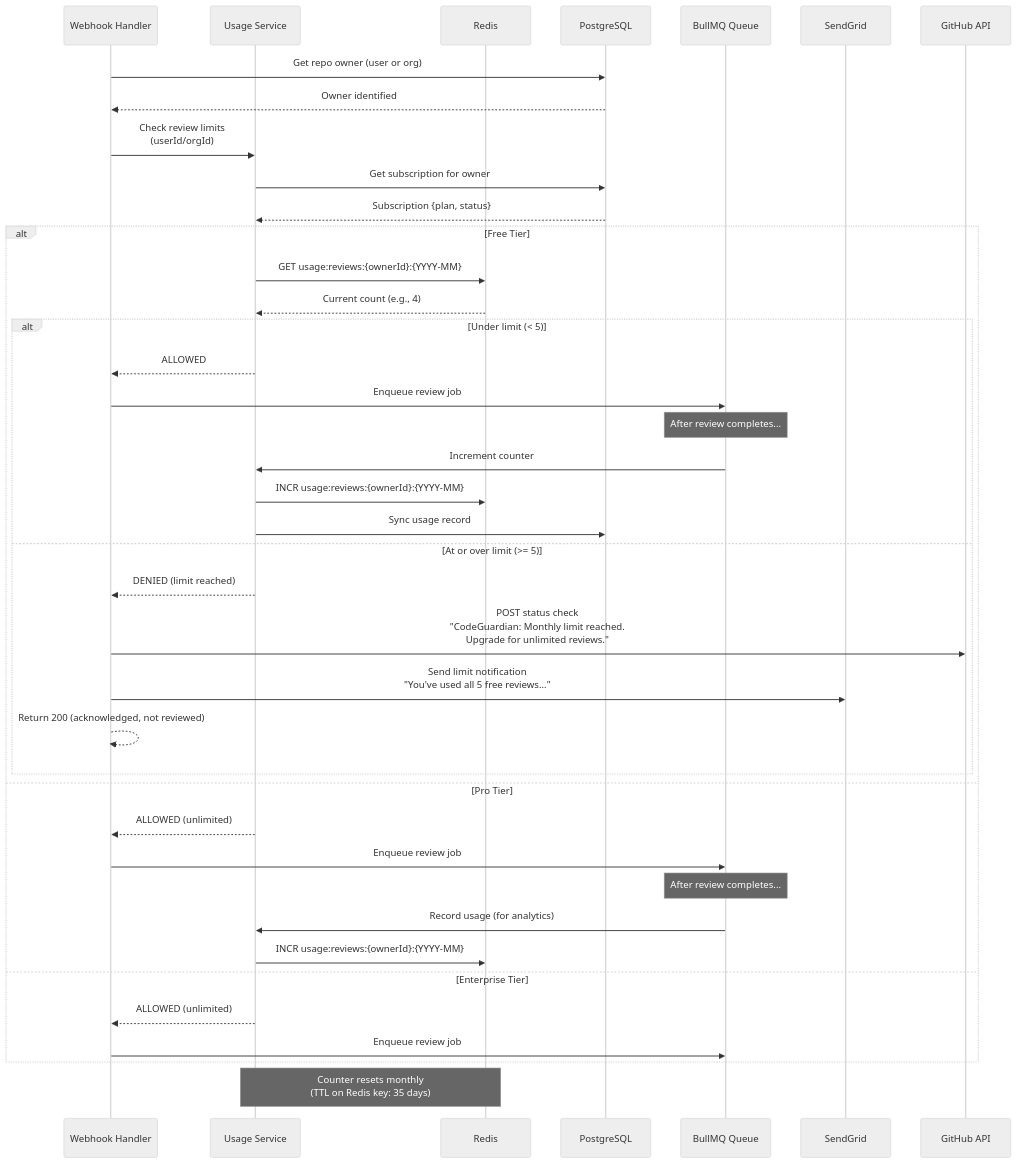
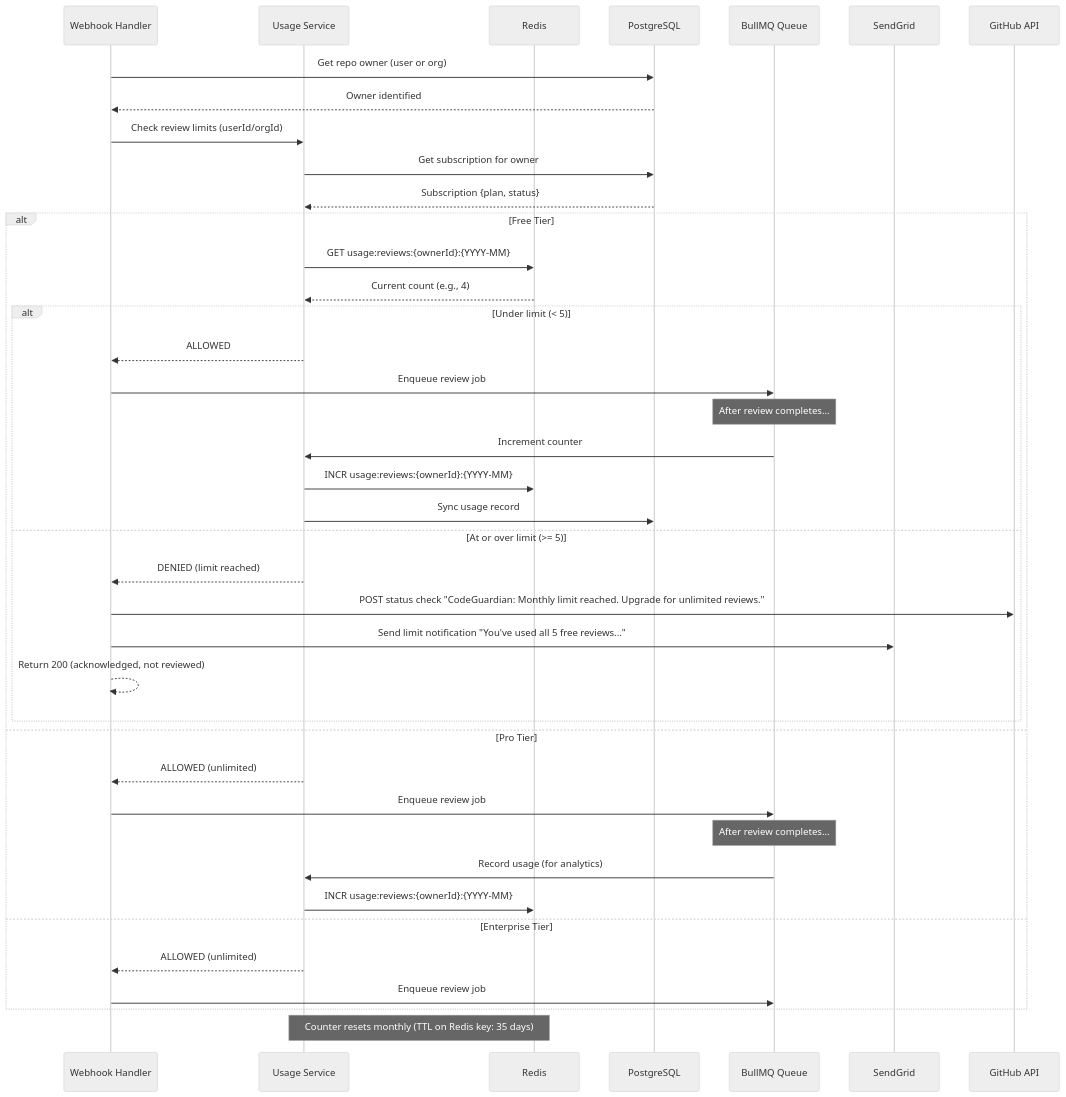
Before and after one commit to Tamoura/Claude-Code-creates-the-SW-company: the sixth of 11 diagrams in products/codeguardian/docs/architecture.md, drawn with Mermaid (neutral theme). The commit also changed other lines of this file, not shown here.

First line of the commit message:
fix(codeguardian): remove br tags from Mermaid sequence diagrams

````diff
--- a/products/codeguardian/docs/architecture.md
+++ b/products/codeguardian/docs/architecture.md
@@ -469,50 +469,50 @@
 ```mermaid
 sequenceDiagram
     participant WH as Webhook Handler
     participant Usage as Usage Service
     participant Redis as Redis
     participant DB as PostgreSQL
     participant Q as BullMQ Queue
     participant Email as SendGrid
     participant GH as GitHub API
 
     WH->>DB: Get repo owner (user or org)
     DB-->>WH: Owner identified
 
-    WH->>Usage: Check review limits<br/>(userId/orgId)
+    WH->>Usage: Check review limits (userId/orgId)
 
     Usage->>DB: Get subscription for owner
     DB-->>Usage: Subscription {plan, status}
 
     alt Free Tier
         Usage->>Redis: GET usage:reviews:{ownerId}:{YYYY-MM}
         Redis-->>Usage: Current count (e.g., 4)
 
         alt Under limit (< 5)
             Usage-->>WH: ALLOWED
             WH->>Q: Enqueue review job
             Note over Q: After review completes...
             Q->>Usage: Increment counter
             Usage->>Redis: INCR usage:reviews:{ownerId}:{YYYY-MM}
             Usage->>DB: Sync usage record
         else At or over limit (>= 5)
             Usage-->>WH: DENIED (limit reached)
-            WH->>GH: POST status check<br/>"CodeGuardian: Monthly limit reached.<br/>Upgrade for unlimited reviews."
-            WH->>Email: Send limit notification<br/>"You've used all 5 free reviews..."
+            WH->>GH: POST status check "CodeGuardian: Monthly limit reached. Upgrade for unlimited reviews."
+            WH->>Email: Send limit notification "You've used all 5 free reviews..."
             WH-->>WH: Return 200 (acknowledged, not reviewed)
         end
 
     else Pro Tier
         Usage-->>WH: ALLOWED (unlimited)
         WH->>Q: Enqueue review job
         Note over Q: After review completes...
         Q->>Usage: Record usage (for analytics)
         Usage->>Redis: INCR usage:reviews:{ownerId}:{YYYY-MM}
 
     else Enterprise Tier
         Usage-->>WH: ALLOWED (unlimited)
         WH->>Q: Enqueue review job
     end
 
-    Note over Usage,Redis: Counter resets monthly<br/>(TTL on Redis key: 35 days)
+    Note over Usage,Redis: Counter resets monthly (TTL on Redis key: 35 days)
 ```
````
